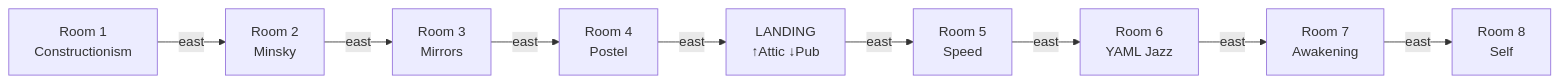
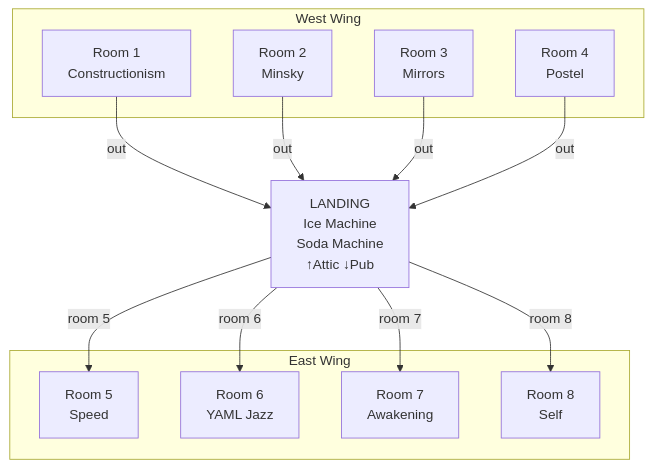
The second of 10 diagrams in examples/adventure-4/characters/real-people/don-hopkins/sessions/world-tour-leela.md (SimHacker/moollm), drawn with Mermaid before and after one commit. The commit also changed other lines of this file, not shown here.

First line of the commit message:
Fix hotel floor to hub-spoke pie menu model

````diff
--- a/examples/adventure-4/characters/real-people/don-hopkins/sessions/world-tour-leela.md
+++ b/examples/adventure-4/characters/real-people/don-hopkins/sessions/world-tour-leela.md
@@ -109,21 +109,27 @@
 ```mermaid
-flowchart LR
-    R1[Room 1<br/>Constructionism]
-    R2[Room 2<br/>Minsky]
-    R3[Room 3<br/>Mirrors]
-    R4[Room 4<br/>Postel]
-    HUB[LANDING<br/>↑Attic ↓Pub]
-    R5[Room 5<br/>Speed]
-    R6[Room 6<br/>YAML Jazz]
-    R7[Room 7<br/>Awakening]
-    R8[Room 8<br/>Self]
+flowchart TB
+    subgraph WEST[West Wing]
+        R1[Room 1<br/>Constructionism]
+        R2[Room 2<br/>Minsky]
+        R3[Room 3<br/>Mirrors]
+        R4[Room 4<br/>Postel]
+    end
     
-    R1 -->|east| R2
-    R2 -->|east| R3
-    R3 -->|east| R4
-    R4 -->|east| HUB
-    HUB -->|east| R5
-    R5 -->|east| R6
-    R6 -->|east| R7
-    R7 -->|east| R8
+    HUB[LANDING<br/>Ice Machine<br/>Soda Machine<br/>↑Attic ↓Pub]
+    
+    subgraph EAST[East Wing]
+        R5[Room 5<br/>Speed]
+        R6[Room 6<br/>YAML Jazz]
+        R7[Room 7<br/>Awakening]
+        R8[Room 8<br/>Self]
+    end
+    
+    R1 -->|out| HUB
+    R2 -->|out| HUB
+    R3 -->|out| HUB
+    R4 -->|out| HUB
+    HUB -->|room 5| R5
+    HUB -->|room 6| R6
+    HUB -->|room 7| R7
+    HUB -->|room 8| R8
 ```
````
